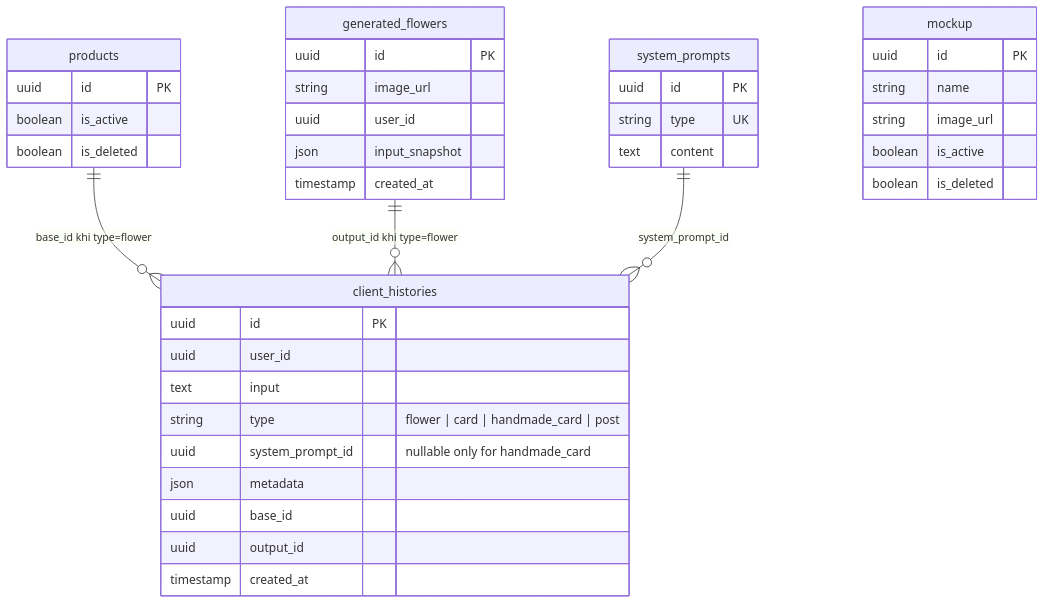
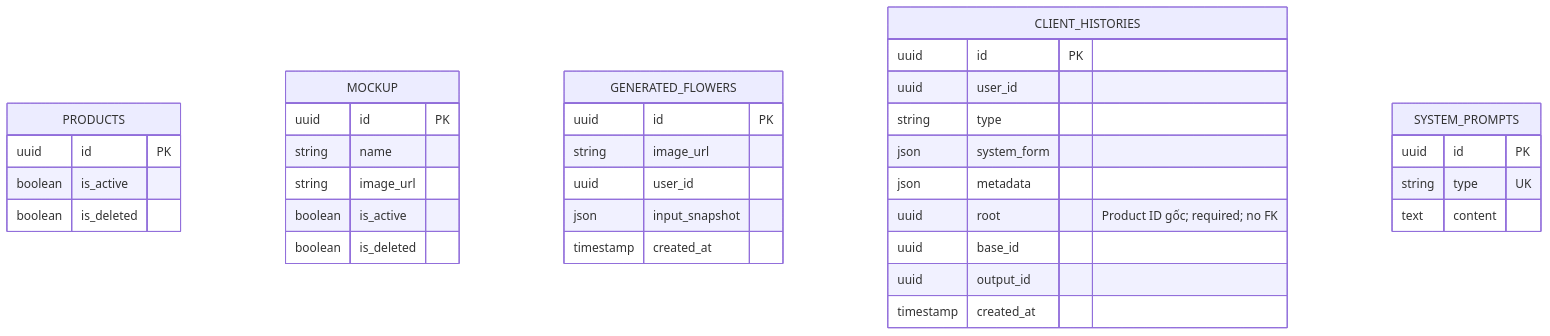
One commit to 161seconds/document-first-brief changed the fourth of 4 diagrams in hoa-theo-mua-ai-flourist/TDD/TDD-016/TDD-016-tao-yeu-cau-va-mau-hoa-ai.md. Above: the diagram before and after it, drawn with Mermaid. The commit also changed other lines of this file and 24 other files, not shown here.

````diff
--- a/hoa-theo-mua-ai-flourist/TDD/TDD-016/TDD-016-tao-yeu-cau-va-mau-hoa-ai.md
+++ b/hoa-theo-mua-ai-flourist/TDD/TDD-016/TDD-016-tao-yeu-cau-va-mau-hoa-ai.md
@@ -270,46 +166,42 @@
 ```mermaid
 erDiagram
-    products ||--o{ client_histories : "base_id khi type=flower"
-    generated_flowers ||--o{ client_histories : "output_id khi type=flower"
-    system_prompts ||--o{ client_histories : "system_prompt_id"
-
-    products {
+    PRODUCTS {
         uuid id PK
         boolean is_active
         boolean is_deleted
     }
 
-    mockup {
+    MOCKUP {
         uuid id PK
         string name
         string image_url
         boolean is_active
         boolean is_deleted
     }
 
-    generated_flowers {
+    GENERATED_FLOWERS {
         uuid id PK
         string image_url
         uuid user_id
         json input_snapshot
         timestamp created_at
     }
 
-    client_histories {
+    CLIENT_HISTORIES {
         uuid id PK
         uuid user_id
-        text input
-        string type "flower | card | handmade_card | post"
-        uuid system_prompt_id "nullable only for handmade_card"
+        string type
+        json system_form
         json metadata
+        uuid root "Product ID gốc; required; no FK"
         uuid base_id
         uuid output_id
         timestamp created_at
     }
 
-    system_prompts {
+    SYSTEM_PROMPTS {
         uuid id PK
         string type UK
         text content
     }
 ```
````
